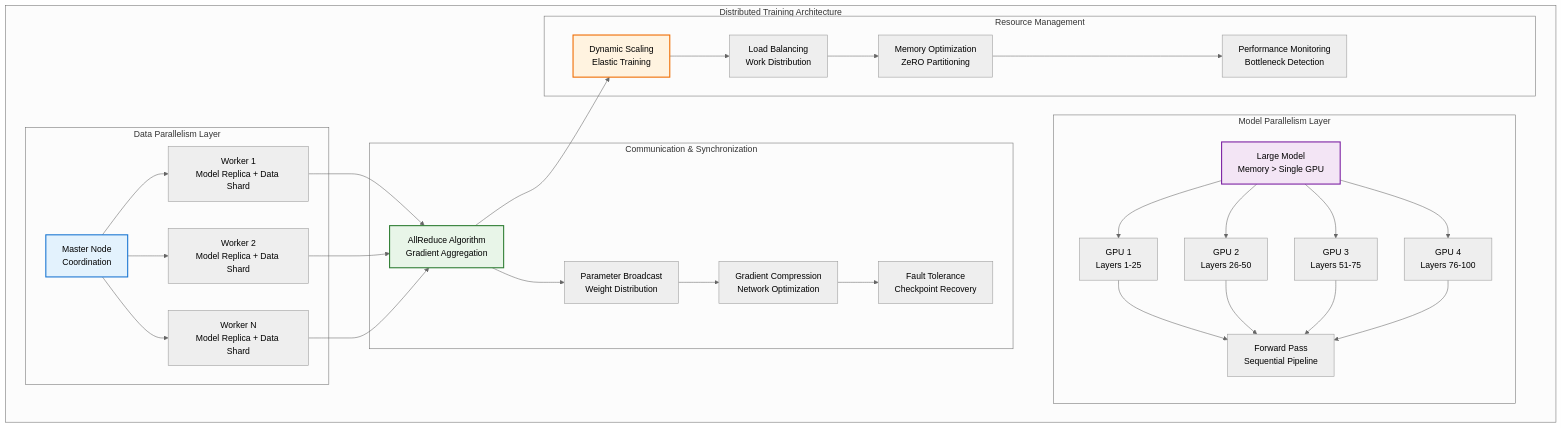
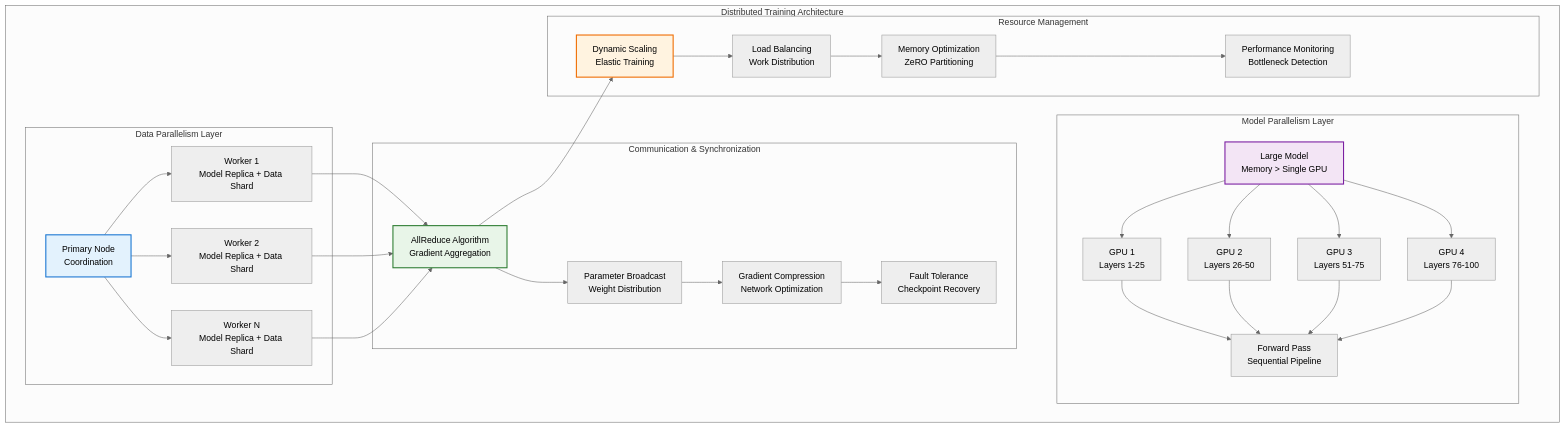
Before and after one commit to deepaucksharma/DStudio: the first of 6 diagrams in docs/pattern-library/ml-infrastructure/distributed-training.md, drawn with Mermaid (neutral theme). The commit also changed other lines of this file and 186 other files, not shown here.

````diff
--- a/docs/pattern-library/ml-infrastructure/distributed-training.md
+++ b/docs/pattern-library/ml-infrastructure/distributed-training.md
@@ -66,45 +66,45 @@
 ```mermaid
 graph TB
     subgraph "Distributed Training Architecture"
         subgraph "Data Parallelism Layer"
-            A[Master Node<br/>Coordination] --> B1[Worker 1<br/>Model Replica + Data Shard]
+            A[Primary Node<br/>Coordination] --> B1[Worker 1<br/>Model Replica + Data Shard]
             A --> B2[Worker 2<br/>Model Replica + Data Shard]
             A --> B3[Worker N<br/>Model Replica + Data Shard]
         end
         
         subgraph "Model Parallelism Layer"
             C[Large Model<br/>Memory > Single GPU] --> D1[GPU 1<br/>Layers 1-25]
             C --> D2[GPU 2<br/>Layers 26-50]
             C --> D3[GPU 3<br/>Layers 51-75]
             C --> D4[GPU 4<br/>Layers 76-100]
             
             D1 --> E[Forward Pass<br/>Sequential Pipeline]
             D2 --> E
             D3 --> E
             D4 --> E
         end
         
         subgraph "Communication & Synchronization"
             F[AllReduce Algorithm<br/>Gradient Aggregation] --> G[Parameter Broadcast<br/>Weight Distribution]
             G --> H[Gradient Compression<br/>Network Optimization]
             H --> I[Fault Tolerance<br/>Checkpoint Recovery]
         end
         
         subgraph "Resource Management"
             J[Dynamic Scaling<br/>Elastic Training] --> K[Load Balancing<br/>Work Distribution]
             K --> L[Memory Optimization<br/>ZeRO Partitioning]
             L --> M[Performance Monitoring<br/>Bottleneck Detection]
         end
     end
     
     B1 --> F
     B2 --> F
     B3 --> F
     
     F --> J
     
     style A fill:#e3f2fd,stroke:#1976d2,stroke-width:2px
     style F fill:#e8f5e8,stroke:#2e7d32,stroke-width:2px
     style J fill:#fff3e0,stroke:#ef6c00,stroke-width:2px
     style C fill:#f3e5f5,stroke:#7b1fa2,stroke-width:2px
 ```
````
